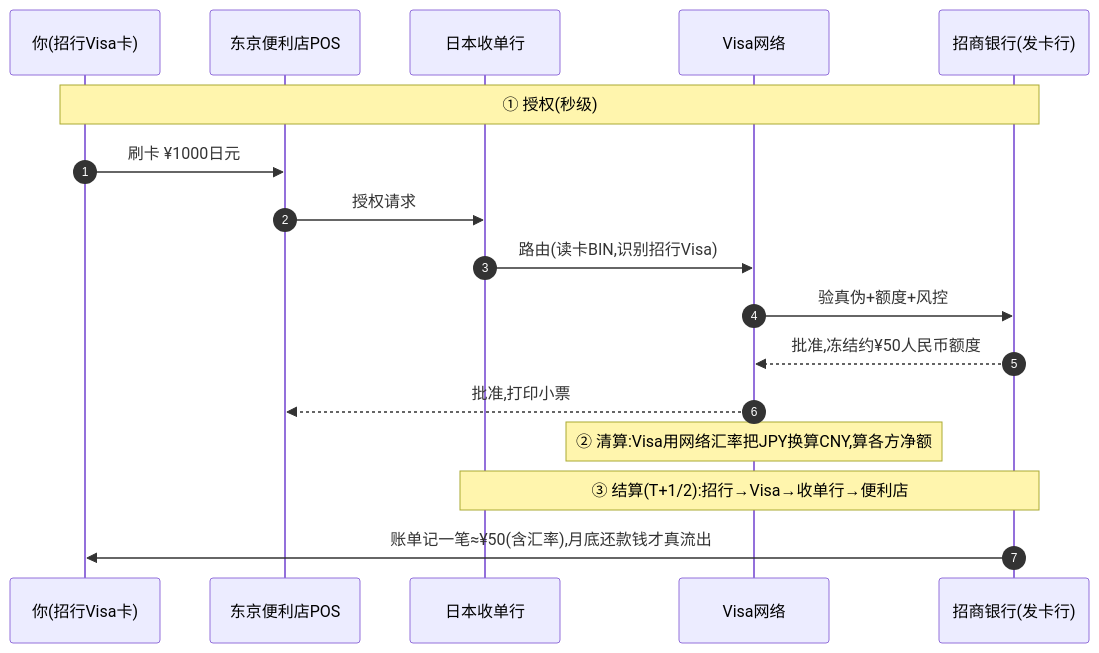
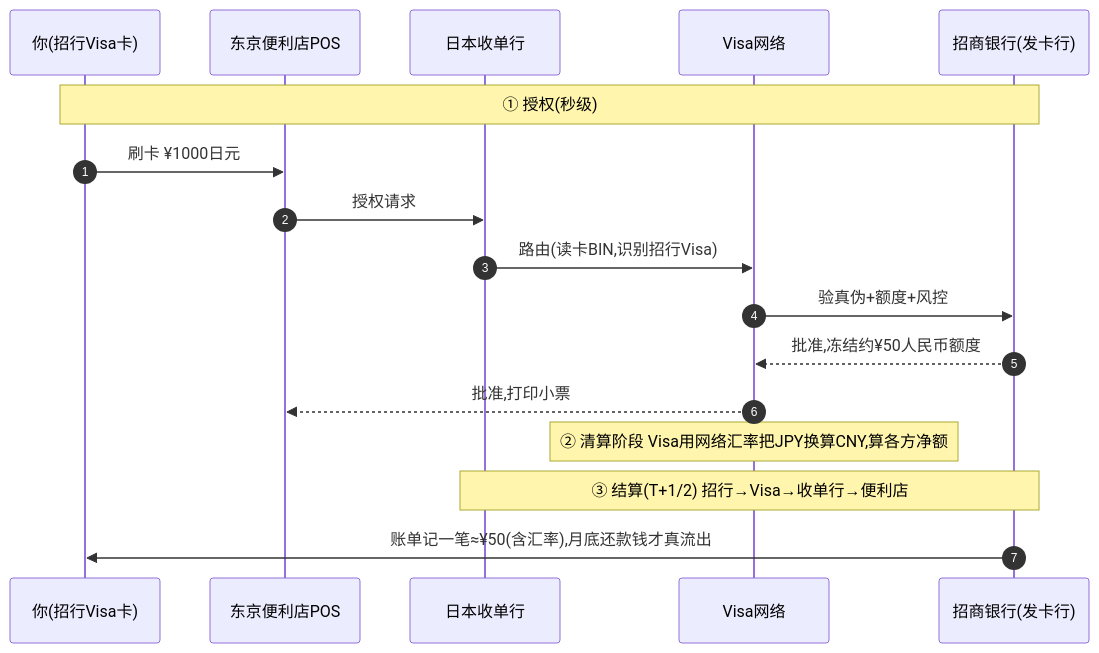
Diagram 14 of 14 in payment/traditional-payment/01-cards-business.md (loong-ju/tech-research), drawn with Mermaid before and after one commit. The commit also changed 3 other files, not shown here.

First line of the commit message:
修复Mermaid语法错误:场景2清算流Note含分号导致Syntax error

````diff
--- a/payment/traditional-payment/01-cards-business.md
+++ b/payment/traditional-payment/01-cards-business.md
@@ -418,19 +418,19 @@
 ```mermaid
 sequenceDiagram
     autonumber
     participant CH as 你(招行Visa卡)
     participant POS as 东京便利店POS
     participant ACQ as 日本收单行
     participant CS as Visa网络
     participant ISS as 招商银行(发卡行)
     Note over CH,ISS: ① 授权(秒级)
     CH->>POS: 刷卡 ¥1000日元
     POS->>ACQ: 授权请求
     ACQ->>CS: 路由(读卡BIN,识别招行Visa)
     CS->>ISS: 验真伪+额度+风控
     ISS-->>CS: 批准,冻结约¥50人民币额度
     CS-->>POS: 批准,打印小票
-    Note over CS: ② 清算:Visa用网络汇率把JPY换算CNY,算各方净额
-    Note over ACQ,ISS: ③ 结算(T+1/2):招行→Visa→收单行→便利店
+    Note over CS: ② 清算阶段 Visa用网络汇率把JPY换算CNY,算各方净额
+    Note over ACQ,ISS: ③ 结算(T+1/2) 招行→Visa→收单行→便利店
     ISS->>CH: 账单记一笔≈¥50(含汇率),月底还款钱才真流出
 ```
````
